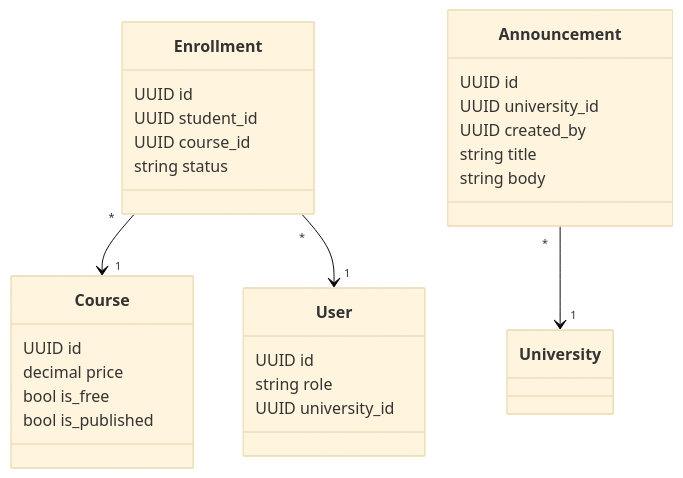
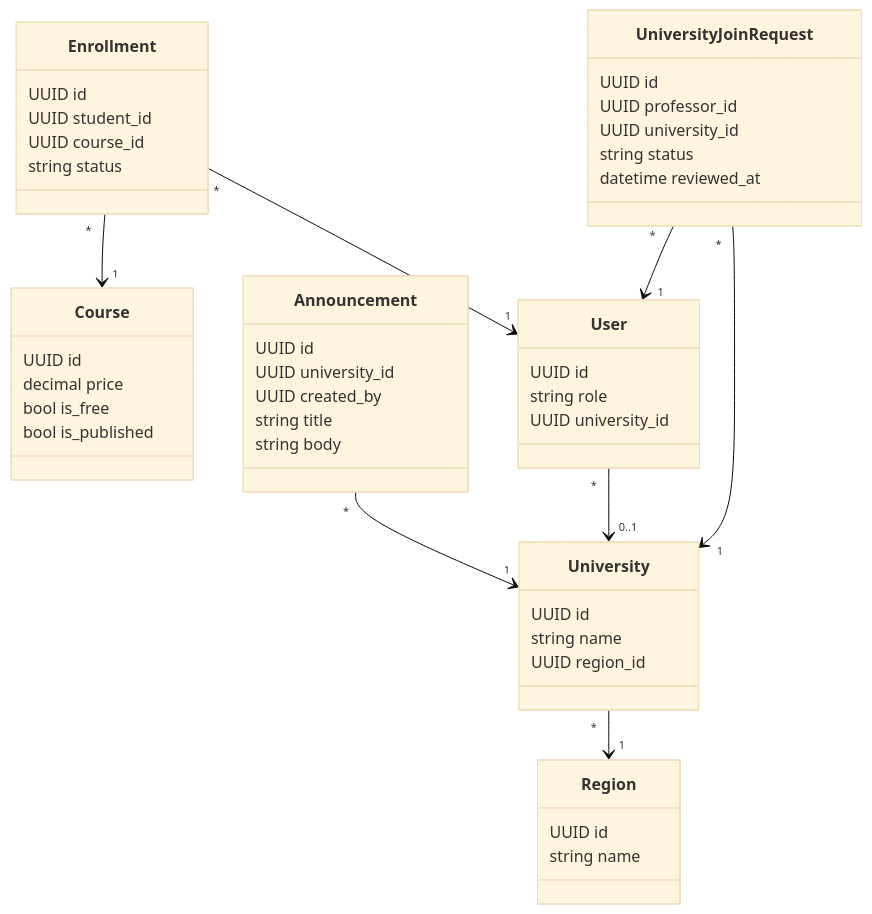
One commit to yazidha09/Hub4Learners changed the second of 6 diagrams in docs/sprints/SPRINT_6.md. Above: the diagram before and after it, drawn with Mermaid (base theme). The commit also changed other lines of this file and 1 other file, not shown here.

````diff
--- a/docs/sprints/SPRINT_6.md
+++ b/docs/sprints/SPRINT_6.md
@@ -72,34 +75,57 @@
 ```mermaid
 classDiagram
     class Course {
         UUID id
         decimal price
         bool is_free
         bool is_published
     }
 
     class Enrollment {
         UUID id
         UUID student_id
         UUID course_id
         string status
     }
 
     class User {
         UUID id
         string role
         UUID university_id
     }
 
     class Announcement {
         UUID id
         UUID university_id
         UUID created_by
         string title
         string body
     }
 
+    class Region {
+        UUID id
+        string name
+    }
+
+    class University {
+        UUID id
+        string name
+        UUID region_id
+    }
+
+    class UniversityJoinRequest {
+        UUID id
+        UUID professor_id
+        UUID university_id
+        string status
+        datetime reviewed_at
+    }
+
     Enrollment "*" --> "1" Course
     Enrollment "*" --> "1" User
     Announcement "*" --> "1" University
+    University "*" --> "1" Region
+    User "*" --> "0..1" University
+    UniversityJoinRequest "*" --> "1" User
+    UniversityJoinRequest "*" --> "1" University
 ```
````
